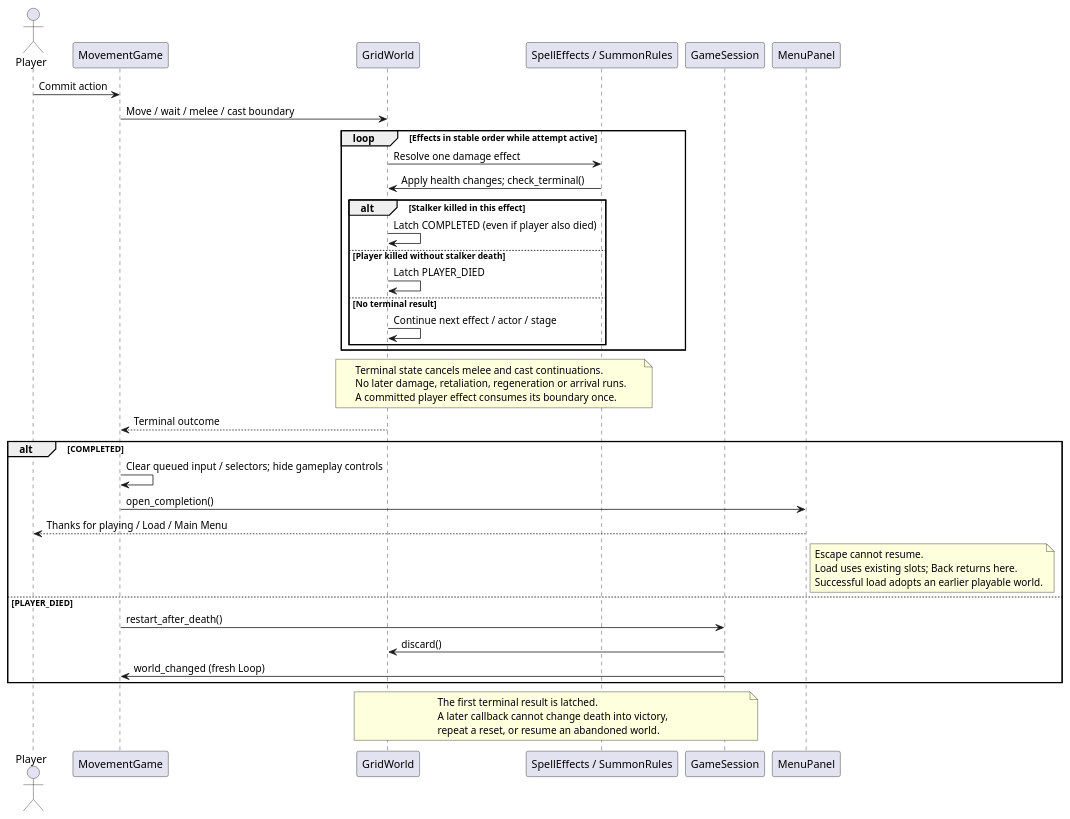
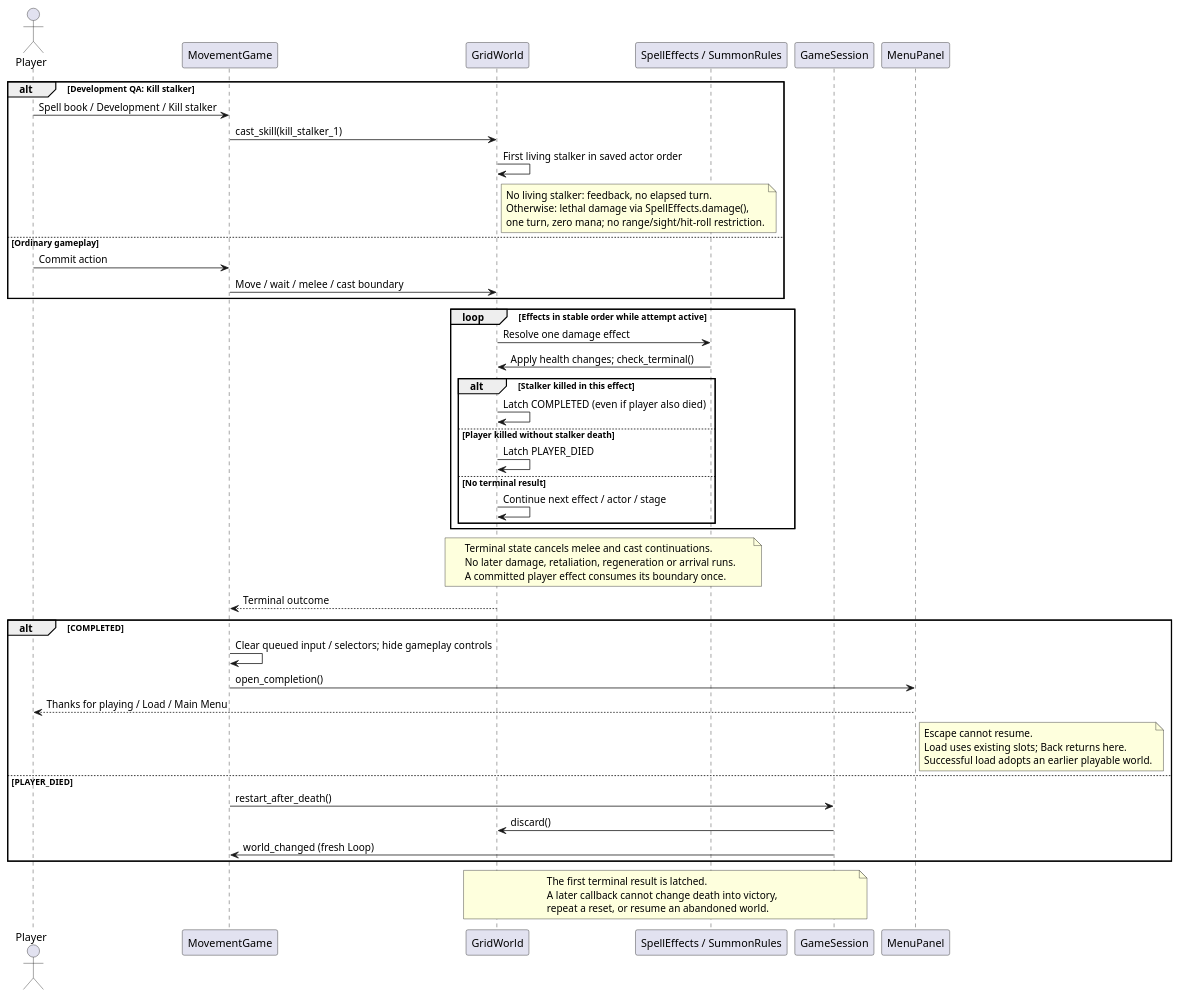
The diagram in docs/architecture/sequences/demo_completion.puml (VHonzik/Ostinato), drawn with PlantUML before and after one commit. The commit also changed 11 other files, not shown here.

Commit message:
Add development stalker kill skill for completion QA (FR-050)

```diff
--- a/docs/architecture/sequences/demo_completion.puml
+++ b/docs/architecture/sequences/demo_completion.puml
@@ -1,48 +1,59 @@
 @startuml
 !pragma layout smetana
 skinparam shadowing false
 actor Player
 participant MovementGame as Game
 participant GridWorld as World
 participant "SpellEffects / SummonRules" as Effects
 participant GameSession as Session
 participant MenuPanel as Menu
-Player -> Game : Commit action
-Game -> World : Move / wait / melee / cast boundary
+alt Development QA: Kill stalker
+  Player -> Game : Spell book / Development / Kill stalker
+  Game -> World : cast_skill(kill_stalker_1)
+  World -> World : First living stalker in saved actor order
+  note right of World
+  No living stalker: feedback, no elapsed turn.
+  Otherwise: lethal damage via SpellEffects.damage(),
+  one turn, zero mana; no range/sight/hit-roll restriction.
+  end note
+else Ordinary gameplay
+  Player -> Game : Commit action
+  Game -> World : Move / wait / melee / cast boundary
+end
 loop Effects in stable order while attempt active
   World -> Effects : Resolve one damage effect
   Effects -> World : Apply health changes; check_terminal()
   alt Stalker killed in this effect
     World -> World : Latch COMPLETED (even if player also died)
   else Player killed without stalker death
     World -> World : Latch PLAYER_DIED
   else No terminal result
     World -> World : Continue next effect / actor / stage
   end
 end
 note over World, Effects
 Terminal state cancels melee and cast continuations.
 No later damage, retaliation, regeneration or arrival runs.
 A committed player effect consumes its boundary once.
 end note
 World --> Game : Terminal outcome
 alt COMPLETED
   Game -> Game : Clear queued input / selectors; hide gameplay controls
   Game -> Menu : open_completion()
   Menu --> Player : Thanks for playing / Load / Main Menu
   note right of Menu
   Escape cannot resume.
   Load uses existing slots; Back returns here.
   Successful load adopts an earlier playable world.
   end note
 else PLAYER_DIED
   Game -> Session : restart_after_death()
   Session -> World : discard()
   Session -> Game : world_changed (fresh Loop)
 end
 note over Session, World
 The first terminal result is latched.
 A later callback cannot change death into victory,
 repeat a reset, or resume an abandoned world.
 end note
 @enduml
```
